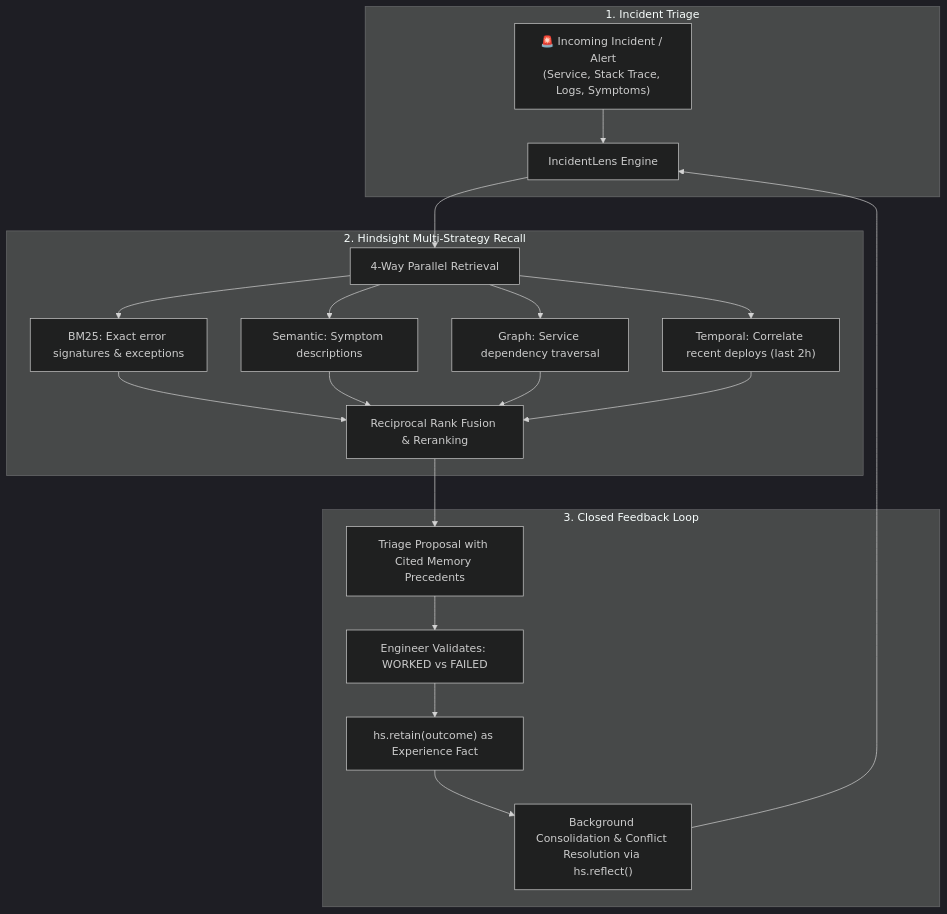
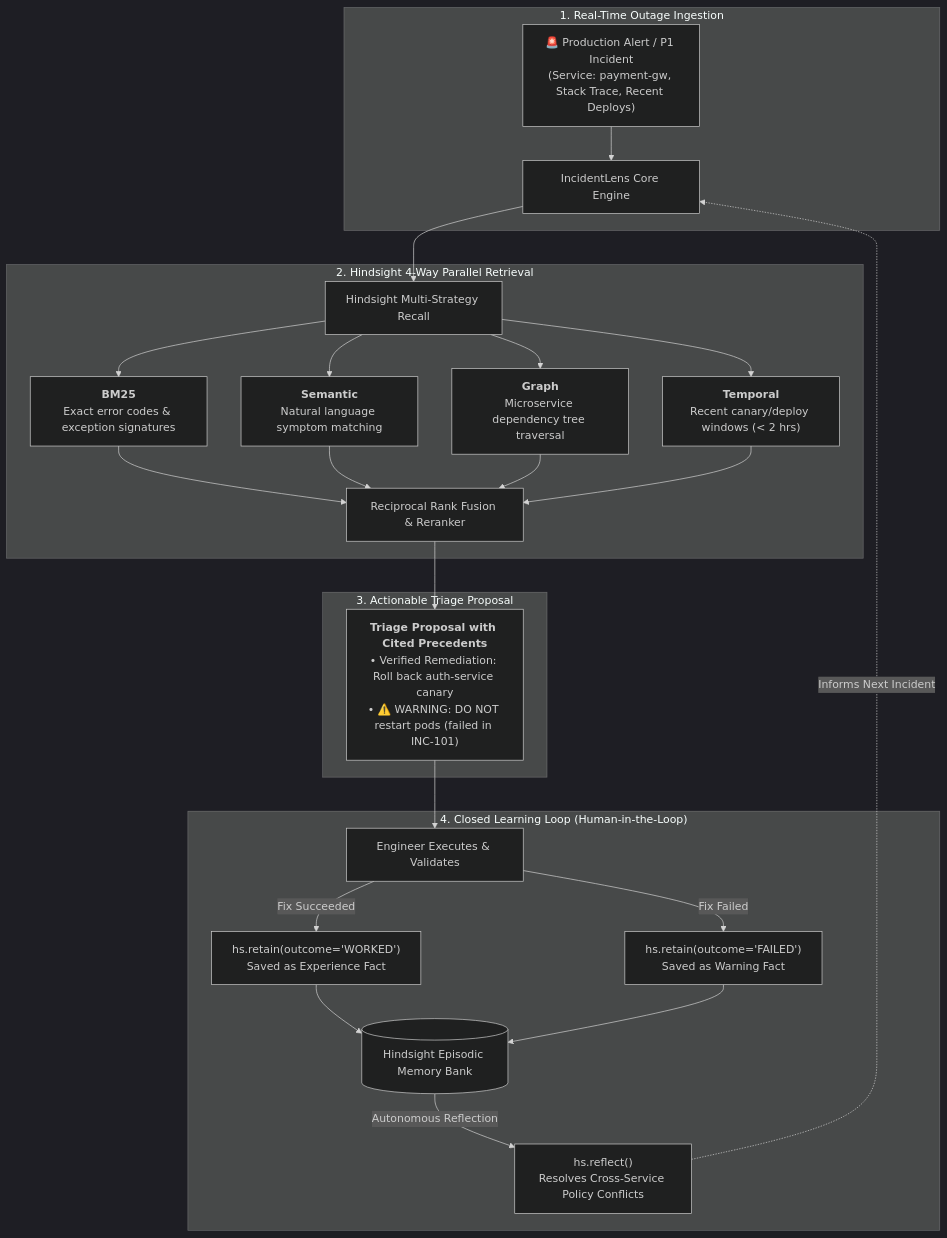
One commit to gr-0x076/incidentlens changed the first of 2 diagrams in README.md. Above: the diagram before and after it, drawn with Mermaid (dark theme). The commit also changed other lines of this file and 25 other files, not shown here.

Commit message:
feat: complete enterprise UI console, visual architecture docs, and benchmark harness

````diff
--- a/README.md
+++ b/README.md
@@ -5,23 +36,28 @@
 ```mermaid
 flowchart TD
-    subgraph Ingestion ["1. Incident Triage"]
-        A["🚨 Incoming Incident / Alert<br/>(Service, Stack Trace, Logs, Symptoms)"] --> B["IncidentLens Engine"]
+    subgraph AlertPhase ["1. Real-Time Outage Ingestion"]
+        Alert["🚨 Production Alert / P1 Incident<br/>(Service: payment-gw, Stack Trace, Recent Deploys)"] --> Engine["IncidentLens Core Engine"]
     end
 
-    subgraph Memory ["2. Hindsight Multi-Strategy Recall"]
-        B --> C["4-Way Parallel Retrieval"]
-        C --> D1["BM25: Exact error signatures & exceptions"]
-        C --> D2["Semantic: Symptom descriptions"]
-        C --> D3["Graph: Service dependency traversal"]
-        C --> D4["Temporal: Correlate recent deploys (last 2h)"]
-        D1 & D2 & D3 & D4 --> E["Reciprocal Rank Fusion & Reranking"]
+    subgraph RecallPhase ["2. Hindsight 4-Way Parallel Retrieval"]
+        Engine --> HRecall["Hindsight Multi-Strategy Recall"]
+        HRecall --> B1["<b>BM25</b><br/>Exact error codes & exception signatures"]
+        HRecall --> B2["<b>Semantic</b><br/>Natural language symptom matching"]
+        HRecall --> B3["<b>Graph</b><br/>Microservice dependency tree traversal"]
+        HRecall --> B4["<b>Temporal</b><br/>Recent canary/deploy windows (< 2 hrs)"]
+        B1 & B2 & B3 & B4 --> Fusion["Reciprocal Rank Fusion & Reranker"]
     end
 
-    subgraph ClosedLoop ["3. Closed Feedback Loop"]
-        E --> F["Triage Proposal with Cited Memory Precedents"]
-        F --> G["Engineer Validates: WORKED vs FAILED"]
-        G --> H["hs.retain(outcome) as Experience Fact"]
-        H --> I["Background Consolidation & Conflict Resolution via hs.reflect()"]
-        I --> B
+    subgraph GroundingPhase ["3. Actionable Triage Proposal"]
+        Fusion --> Proposal["<b>Triage Proposal with Cited Precedents</b><br/>• Verified Remediation: Roll back auth-service canary<br/>• ⚠️ WARNING: DO NOT restart pods (failed in INC-101)"]
+    end
+
+    subgraph FeedbackPhase ["4. Closed Learning Loop (Human-in-the-Loop)"]
+        Proposal --> Engineer["Engineer Executes & Validates"]
+        Engineer -->|"Fix Succeeded"| RetainW["hs.retain(outcome='WORKED')<br/>Saved as Experience Fact"]
+        Engineer -->|"Fix Failed"| RetainF["hs.retain(outcome='FAILED')<br/>Saved as Warning Fact"]
+        RetainW & RetainF --> Bank[("Hindsight Episodic Memory Bank")]
+        Bank -->|"Autonomous Reflection"| Reflect["hs.reflect()<br/>Resolves Cross-Service Policy Conflicts"]
+        Reflect -.->|"Informs Next Incident"| Engine
     end
 ```
````
